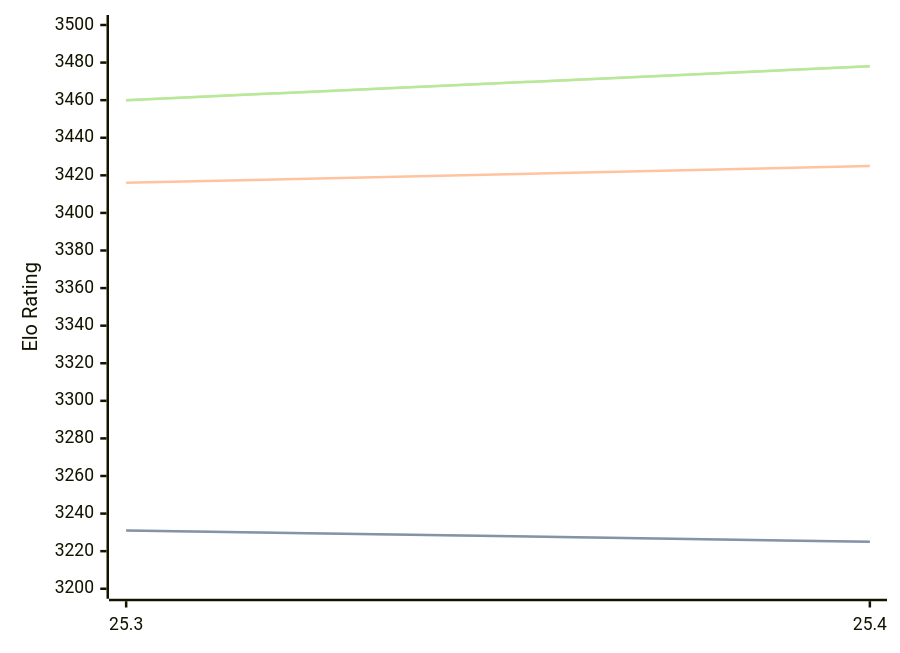
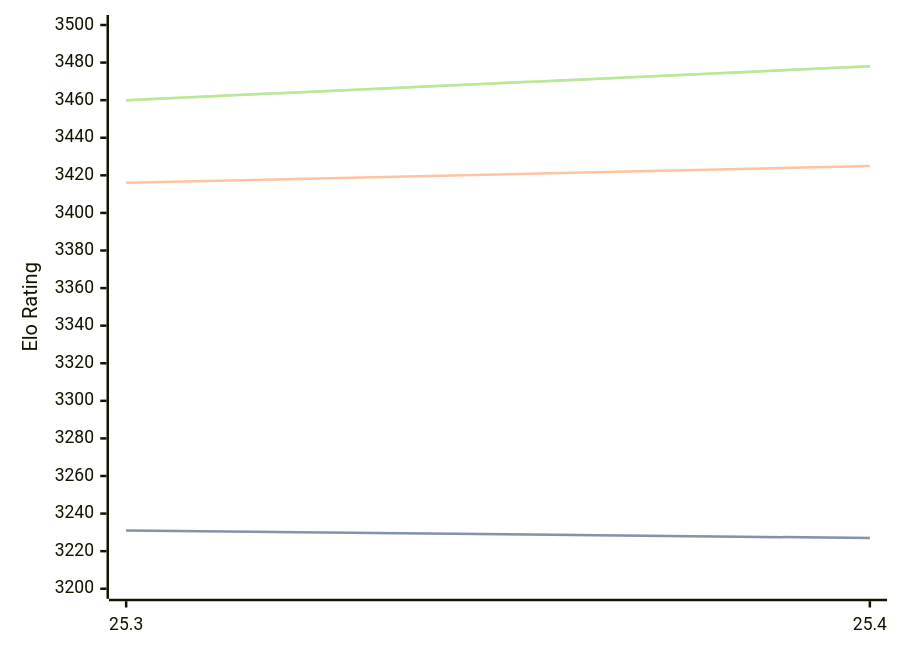
Before and after one commit to computer-chess-index/cci: the third of 3 diagrams in engines/Arasan.md, drawn with Mermaid. The commit also changed other lines of this file, not shown here.

````diff
--- a/engines/Arasan.md
+++ b/engines/Arasan.md
@@ -66,11 +66,11 @@
 ```mermaid
 %%{init: {"theme":"base","themeVariables":{"seriesColors:['#a3a3a3','#222221','#faa371']}}}%%
 xychart-beta
   x-axis ["25.3", "25.4"]
   y-axis "Elo Rating" 3200 --> 3500
-  line "STC (8.0+0.08s)" [3231, 3225]
-  line "STC (8.0+0.08s)" [3231, 3225]
+  line "STC (8.0+0.08s)" [3231, 3227]
+  line "STC (8.0+0.08s)" [3231, 3227]
   line "LTC (60.0+0.60s)" [3416, 3425]
   line "VLTC (2m24s+1.12s)" [3460, 3478]
   line "VLTC (2m24s+1.12s)" [3460, 3478]
 ```
````
